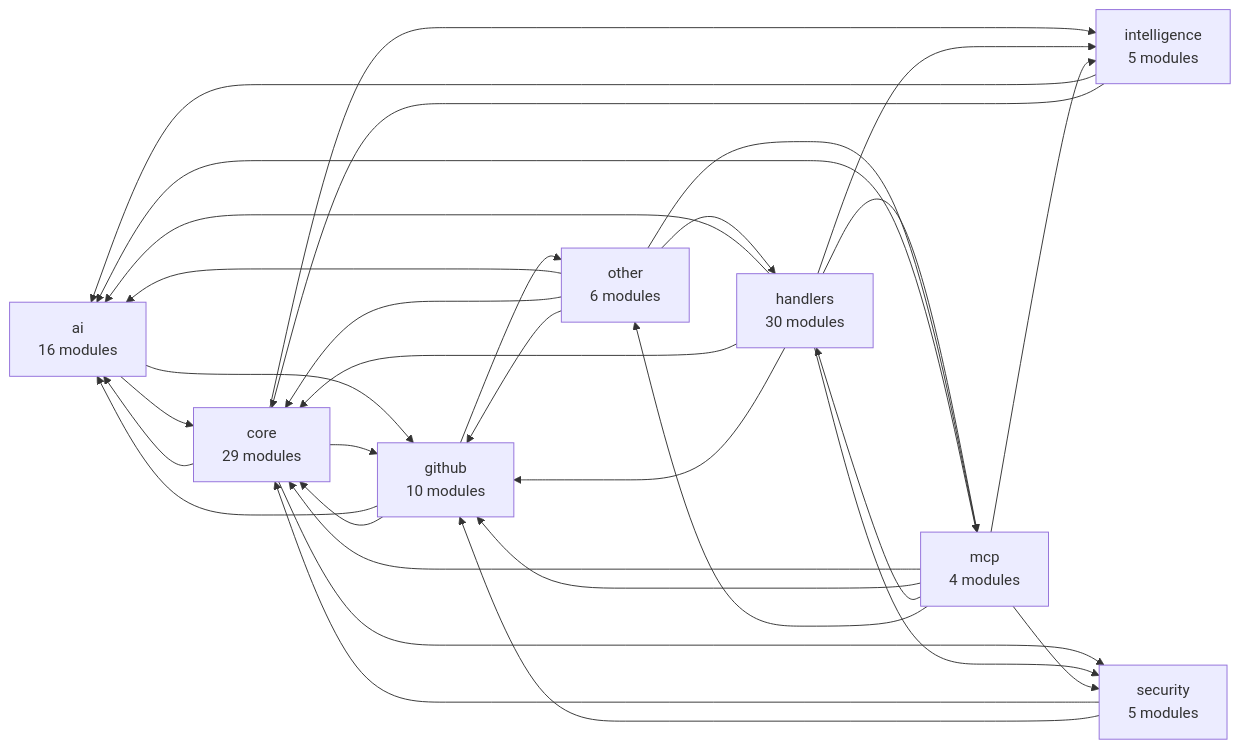
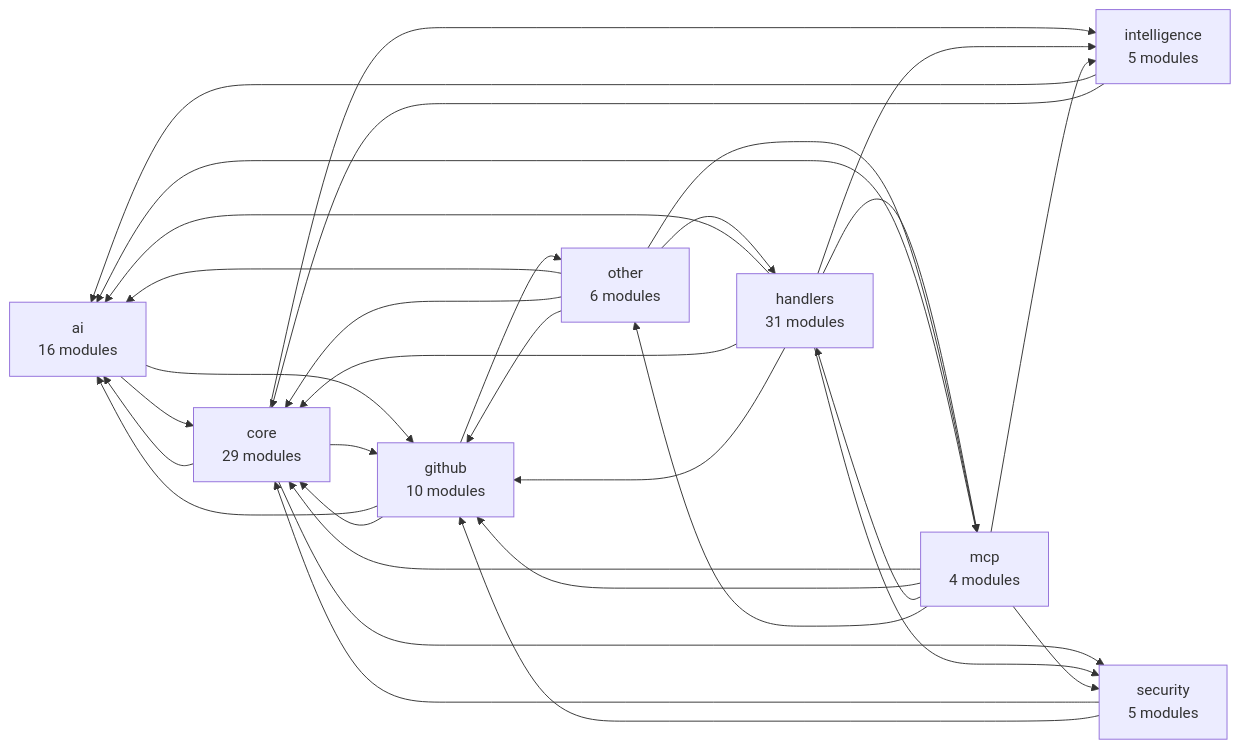
The second of 2 diagrams in README.md (Shweta-Mishra-ai/github-autopilot), drawn with Mermaid before and after one commit. The commit also changed other lines of this file and 19 other files, not shown here.

````diff
--- a/README.md
+++ b/README.md
@@ -410,42 +410,42 @@
 ```mermaid
 graph LR
     ai["ai<br/>16 modules"]
     core["core<br/>29 modules"]
     github["github<br/>10 modules"]
-    handlers["handlers<br/>30 modules"]
+    handlers["handlers<br/>31 modules"]
     intelligence["intelligence<br/>5 modules"]
     mcp["mcp<br/>4 modules"]
     other["other<br/>6 modules"]
     security["security<br/>5 modules"]
     ai --> core
     ai --> github
     core --> ai
     core --> github
     core --> intelligence
     core --> security
     github --> ai
     github --> core
     github --> other
     handlers --> ai
     handlers --> core
     handlers --> github
     handlers --> intelligence
     handlers --> mcp
     handlers --> security
     intelligence --> ai
     intelligence --> core
     mcp --> ai
     mcp --> core
     mcp --> github
     mcp --> handlers
     mcp --> intelligence
     mcp --> other
     mcp --> security
     other --> ai
     other --> core
     other --> github
     other --> handlers
     other --> mcp
     security --> core
     security --> github
 ```
````
